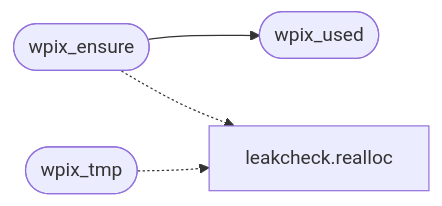
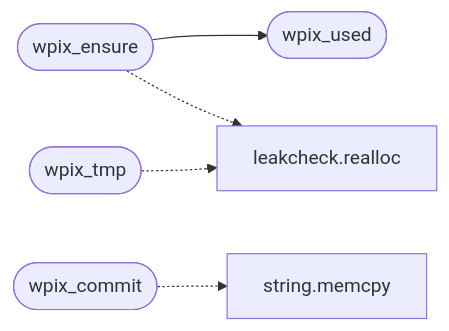
The second of 2 diagrams in readmenator-apidocs/modules/progs.wl.wl_pixbuf.h.md (grisuno/miniOS), drawn with Mermaid before and after one commit. The commit also changed other lines of this file and 222 other files, not shown here.

````diff
--- a/readmenator-apidocs/modules/progs.wl.wl_pixbuf.h.md
+++ b/readmenator-apidocs/modules/progs.wl.wl_pixbuf.h.md
@@ -28,10 +28,13 @@
 ```mermaid
 flowchart LR
     n_progs_wl_wl_pixbuf_h__wpix_ensure(["wpix_ensure"])
     n_progs_wl_wl_pixbuf_h__wpix_used(["wpix_used"])
     n_progs_wl_wl_pixbuf_h__wpix_tmp(["wpix_tmp"])
     n_headers_leakcheck_h__realloc["leakcheck.realloc"]
+    n_progs_wl_wl_pixbuf_h__wpix_commit(["wpix_commit"])
+    n_kernel_string_c__memcpy["string.memcpy"]
     n_progs_wl_wl_pixbuf_h__wpix_ensure --> n_progs_wl_wl_pixbuf_h__wpix_used
     n_progs_wl_wl_pixbuf_h__wpix_tmp -.-> n_headers_leakcheck_h__realloc
     n_progs_wl_wl_pixbuf_h__wpix_ensure -.-> n_headers_leakcheck_h__realloc
+    n_progs_wl_wl_pixbuf_h__wpix_commit -.-> n_kernel_string_c__memcpy
 ```
````
